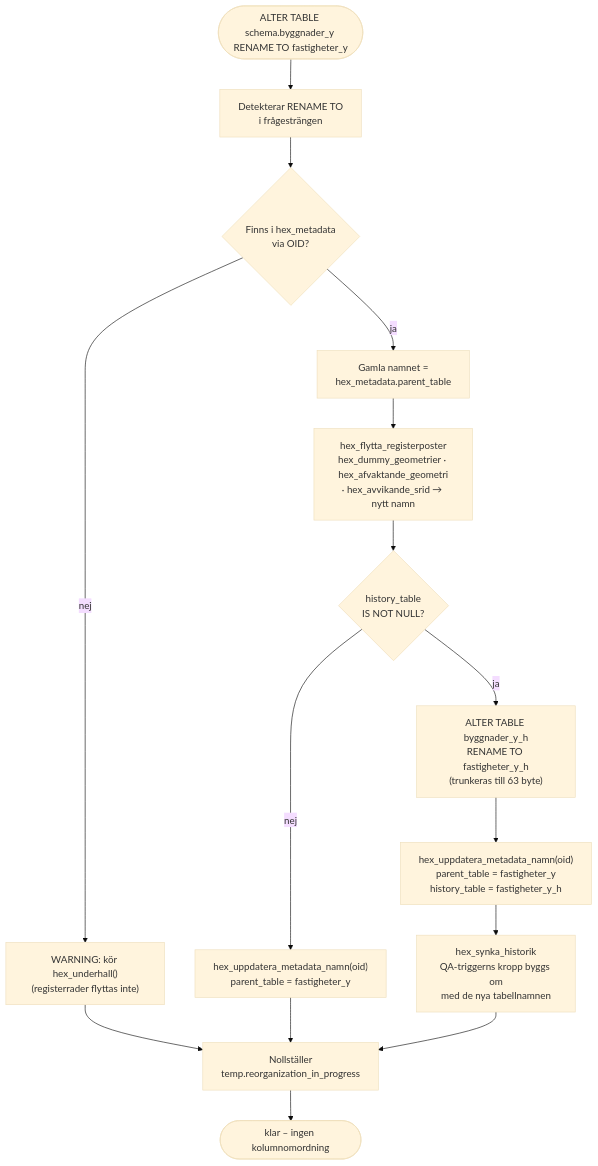
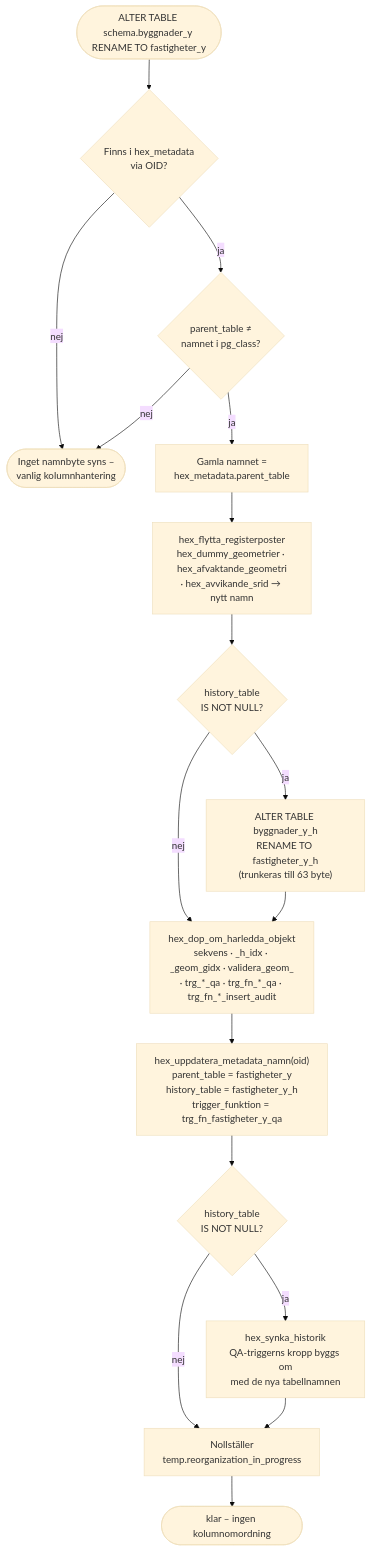
Before and after one commit to Geodata-Kungsbacka/Hex: the fifth of 9 diagrams in LOGIC_MAP.md, drawn with Mermaid (base theme). The commit also changed other lines of this file and 11 other files, not shown here.

First line of the commit message:
Döp om härledda objekt vid RENAME TO och avgör namnbyte per kommando

````diff
--- a/LOGIC_MAP.md
+++ b/LOGIC_MAP.md
@@ -734,18 +734,20 @@
 ```mermaid
 flowchart TD
     START(["ALTER TABLE schema.byggnader_y RENAME TO fastigheter_y"])
-    START --> DET["Detekterar RENAME TO<br/>i frågesträngen"]
-    DET --> OID{"Finns i hex_metadata<br/>via OID?"}
-    OID --> |ja| GAML["Gamla namnet =<br/>hex_metadata.parent_table"]
-    OID --> |nej| WARN["WARNING: kör hex_underhall()<br/>(registerrader flyttas inte)"]
-    WARN --> FLAG
+    START --> OID{"Finns i hex_metadata<br/>via OID?"}
+    OID --> |nej| VANLIG(["Inget namnbyte syns –<br/>vanlig kolumnhantering"])
+    OID --> |ja| DET{"parent_table ≠<br/>namnet i pg_class?"}
+    DET --> |nej| VANLIG
+    DET --> |ja| GAML["Gamla namnet =<br/>hex_metadata.parent_table"]
     GAML --> FLYTT["hex_flytta_registerposter<br/>hex_dummy_geometrier · hex_afvaktande_geometri<br/>· hex_avvikande_srid → nytt namn"]
     FLYTT --> HIST{"history_table<br/>IS NOT NULL?"}
-    HIST --> |nej| UPD0["hex_uppdatera_metadata_namn(oid)<br/>parent_table = fastigheter_y"]
-    UPD0 --> FLAG
+    HIST --> |nej| DOP
     HIST --> |ja| REN["ALTER TABLE byggnader_y_h<br/>RENAME TO fastigheter_y_h<br/>(trunkeras till 63 byte)"]
-    REN --> UPD["hex_uppdatera_metadata_namn(oid)<br/>parent_table = fastigheter_y<br/>history_table = fastigheter_y_h"]
-    UPD --> SYNK["hex_synka_historik<br/>QA-triggerns kropp byggs om<br/>med de nya tabellnamnen"]
+    REN --> DOP["hex_dop_om_harledda_objekt<br/>sekvens · _h_idx · _geom_gidx · validera_geom_<br/>· trg_*_qa · trg_fn_*_qa · trg_fn_*_insert_audit"]
+    DOP --> UPD["hex_uppdatera_metadata_namn(oid)<br/>parent_table = fastigheter_y<br/>history_table = fastigheter_y_h<br/>trigger_funktion = trg_fn_fastigheter_y_qa"]
+    UPD --> HIST2{"history_table<br/>IS NOT NULL?"}
+    HIST2 --> |nej| FLAG
+    HIST2 --> |ja| SYNK["hex_synka_historik<br/>QA-triggerns kropp byggs om<br/>med de nya tabellnamnen"]
     SYNK --> FLAG["Nollställer<br/>temp.reorganization_in_progress"]
     FLAG --> DONE(["klar – ingen kolumnomordning"])
 ```
````
